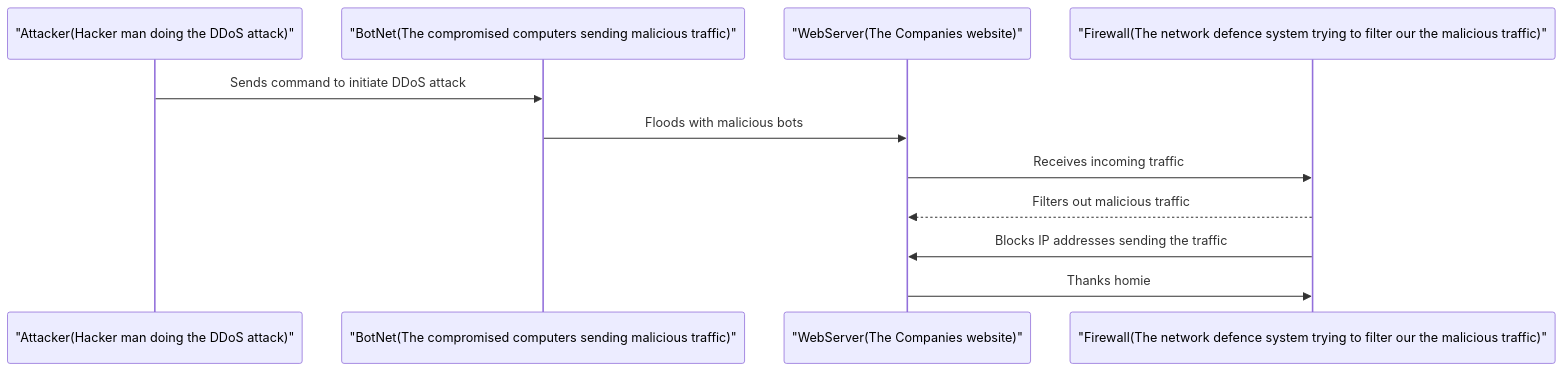
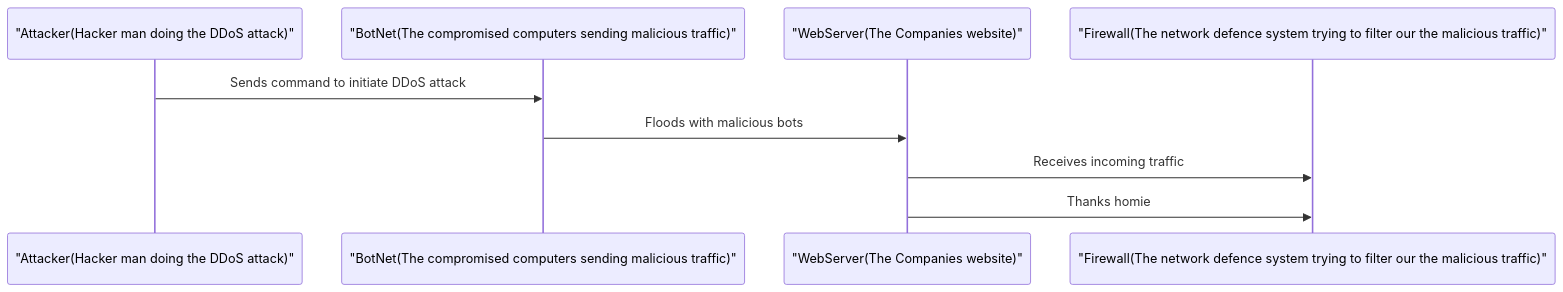
The diagram in README.md (Blucas3/DDOS_Attack_Sequence.md), drawn with Mermaid before and after one commit.

````diff
--- a/README.md
+++ b/README.md
@@ -2,15 +2,15 @@
 ```mermaid
 sequenceDiagram
     participant Attacker as "Attacker(Hacker man doing the DDoS attack)"
     participant BotNet as "BotNet(The compromised computers sending malicious traffic)"
     participant WebServer as "WebServer(The Companies website)"
     participant Firewall as "Firewall(The network defence system trying to filter our the malicious traffic)"
 
     Attacker->>BotNet: Sends command to initiate DDoS attack
     BotNet->>WebServer: Floods with malicious bots
     WebServer->>Firewall: Receives incoming traffic
-    #Firewall->>Firewall: Analyzes traffic for malicious traffic
-    Firewall-->>WebServer: Filters out malicious traffic
-    Firewall->>WebServer: Blocks IP addresses sending the traffic
+    # Firewall->>Firewall: Analyzes traffic for malicious traffic
+    # Firewall-->>WebServer: Filters out malicious traffic
+    # Firewall->>WebServer: Blocks IP addresses sending the traffic
     WebServer->>Firewall: Thanks homie 
  ```
````
